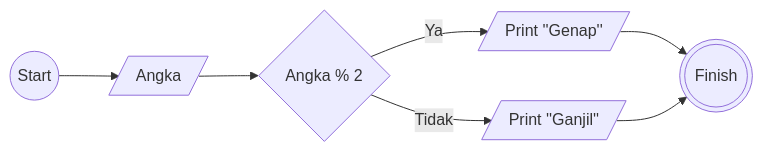
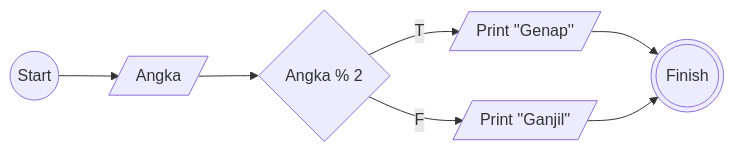
The first of 2 diagrams in README.md (aldi-ardyansah/koda-b10-algoritma), drawn with Mermaid before and after one commit. The commit also changed other lines of this file, not shown here.

````diff
--- a/README.md
+++ b/README.md
@@ -23,7 +23,7 @@
 ```mermaid
 flowchart LR
     A((Start)) --> B[/Angka/]
     B[/Angka/] --> C{Angka % 2}
-    C{Angka % 2} --Ya--> D[/Print ''Genap''/] --> F(((Finish)))
-    C{Angka % 2} --Tidak--> E[/Print ''Ganjil''/] --> F(((Finish)))
+    C{Angka % 2} --T--> D[/Print ''Genap''/] --> F(((Finish)))
+    C{Angka % 2} --F--> E[/Print ''Ganjil''/] --> F(((Finish)))
 ```
````
